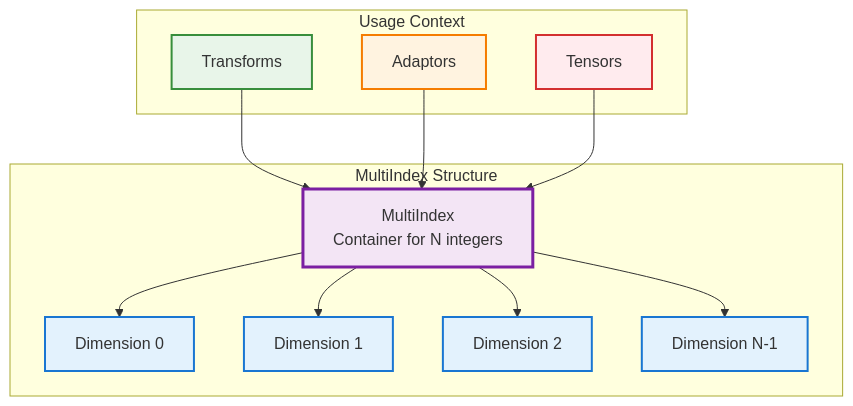
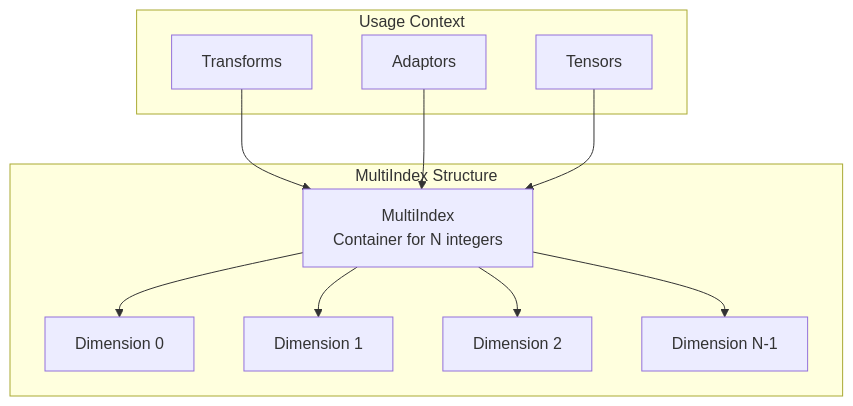
One commit to hdt98/rocm-libraries changed the first of 2 diagrams in projects/composablekernel/docs/conceptual/ck_tile/tensor_coordinates.rst. Above: the diagram before and after it, drawn with Mermaid. The commit also changed other lines of this file and 21 other files, not shown here.

First line of the commit message:
[ck] Updated CK Tile documentation to use mermaid diagrams (#7955)

```diff
--- a/projects/composablekernel/docs/conceptual/ck_tile/tensor_coordinates.rst
+++ b/projects/composablekernel/docs/conceptual/ck_tile/tensor_coordinates.rst
@@ -21,34 +18,25 @@
-   .. mermaid::
-   
-      graph TB
-          subgraph "MultiIndex Structure"
-              MI["MultiIndex<br/>Container for N integers"]
-              D0["Dimension 0"]
-              D1["Dimension 1"]
-              D2["Dimension 2"]
-              DN["Dimension N-1"]
-          end
-      
-          subgraph "Usage Context"
-              T["Transforms<br/>"]
-              A["Adaptors<br/>"]
-              TV["Tensors<br/>"]
-          end
-      
-          MI --> D0
-          MI --> D1
-          MI --> D2
-          MI --> DN
-      
-          T --> MI
-          A --> MI
-          TV --> MI
-      
-          style MI fill:#f3e5f5,stroke:#7b1fa2,stroke-width:3px
-          style D0 fill:#e3f2fd,stroke:#1976d2,stroke-width:2px
-          style D1 fill:#e3f2fd,stroke:#1976d2,stroke-width:2px
-          style D2 fill:#e3f2fd,stroke:#1976d2,stroke-width:2px
-          style DN fill:#e3f2fd,stroke:#1976d2,stroke-width:2px
-          style T fill:#e8f5e9,stroke:#388e3c,stroke-width:2px
-          style A fill:#fff3e0,stroke:#f57c00,stroke-width:2px
-          style TV fill:#ffebee,stroke:#d32f2f,stroke-width:2px
+.. mermaid::
+
+   graph TB
+       subgraph "MultiIndex Structure"
+           MI["MultiIndex<br/>Container for N integers"]
+           D0["Dimension 0"]
+           D1["Dimension 1"]
+           D2["Dimension 2"]
+           DN["Dimension N-1"]
+       end
+
+       subgraph "Usage Context"
+           T["Transforms<br/>"]
+           A["Adaptors<br/>"]
+           TV["Tensors<br/>"]
+       end
+
+       MI --> D0
+       MI --> D1
+       MI --> D2
+       MI --> DN
+
+       T --> MI
+       A --> MI
+       TV --> MI
```
